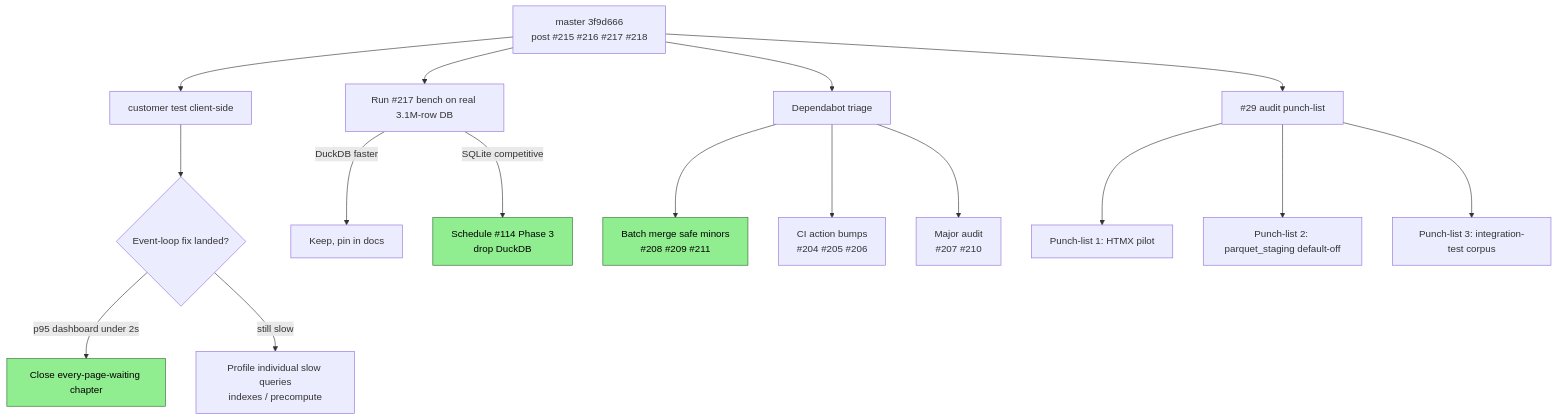
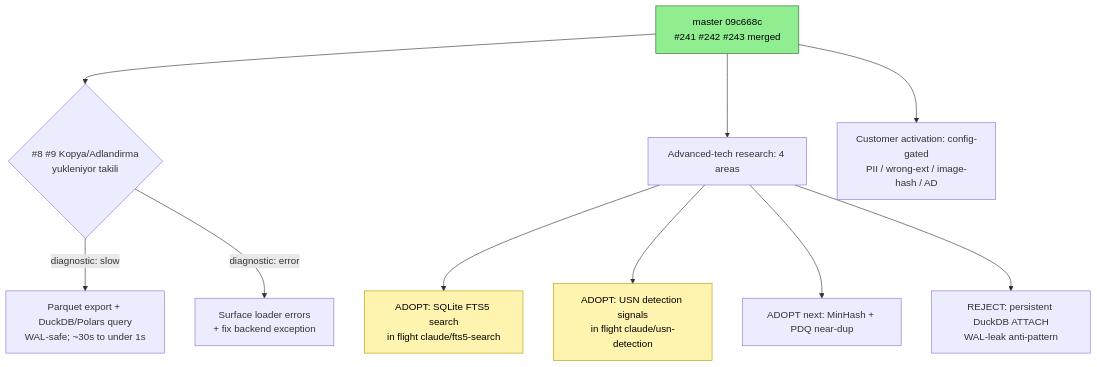
Before and after one commit to deepdarbe/FILE_ACTIVITY: the diagram in ROADMAP.md, drawn with Mermaid. The commit also changed 1 other file, not shown here.

Commit message:
docs: refresh SESSION HANDOFF + status diagram for the 2026-05-25 session
Updates CLAUDE.md handoff to master 09c668c: this session's #241-#243, the two
in-flight subagent PRs (SQLite FTS5 search, USN detection signals), the #8/#9
live bug + root cause + needed diagnostic, and the 4-area advanced-tech research
roadmap (ADOPT/PILOT/SKIP) including the WAL-leak rejection of a persistent
DuckDB ATTACH. Refreshes the ROADMAP.md mermaid status diagram to the current
decision flow.

https://claude.ai/code/session_012n24XMRY5sdH9SyCq2Mo6c

````diff
--- a/ROADMAP.md
+++ b/ROADMAP.md
@@ -74,24 +74,19 @@
 ```mermaid
 graph TD
-    A[master 3f9d666<br/>post #215 #216 #217 #218] --> B[customer test client-side]
-    B --> C{Event-loop fix landed?}
-    C -->|p95 dashboard under 2s| D[Close every-page-waiting chapter]
-    C -->|still slow| E[Profile individual slow queries<br/>indexes / precompute]
+    A[master 09c668c<br/>#241 #242 #243 merged] --> B{#8 #9 Kopya/Adlandirma<br/>yukleniyor takili}
+    B -->|diagnostic: slow| C[Parquet export + DuckDB/Polars query<br/>WAL-safe; ~30s to under 1s]
+    B -->|diagnostic: error| D[Surface loader errors<br/>+ fix backend exception]
 
-    A --> F[Run #217 bench on real 3.1M-row DB]
-    F -->|DuckDB faster| G[Keep, pin in docs]
-    F -->|SQLite competitive| H[Schedule #114 Phase 3<br/>drop DuckDB]
+    A --> E[Advanced-tech research: 4 areas]
+    E --> F[ADOPT: SQLite FTS5 search<br/>in flight claude/fts5-search]
+    E --> G[ADOPT: USN detection signals<br/>in flight claude/usn-detection]
+    E --> H[ADOPT next: MinHash + PDQ near-dup]
+    E --> I[REJECT: persistent DuckDB ATTACH<br/>WAL-leak anti-pattern]
 
-    A --> I[Dependabot triage]
-    I --> J[Batch merge safe minors<br/>#208 #209 #211]
-    I --> K[CI action bumps<br/>#204 #205 #206]
-    I --> L[Major audit<br/>#207 #210]
-
-    A --> M[#29 audit punch-list]
-    M --> N[Punch-list 1: HTMX pilot]
-    M --> O[Punch-list 2: parquet_staging default-off]
-    M --> P[Punch-list 3: integration-test corpus]
+    A --> J[Customer activation: config-gated<br/>PII / wrong-ext / image-hash / AD]
 
     classDef done fill:#90EE90,stroke:#2d6a2d,color:#000
-    class D,H,J done
+    classDef flight fill:#fff3b0,stroke:#b59f00,color:#000
+    class A done
+    class F,G flight
 ```
````
